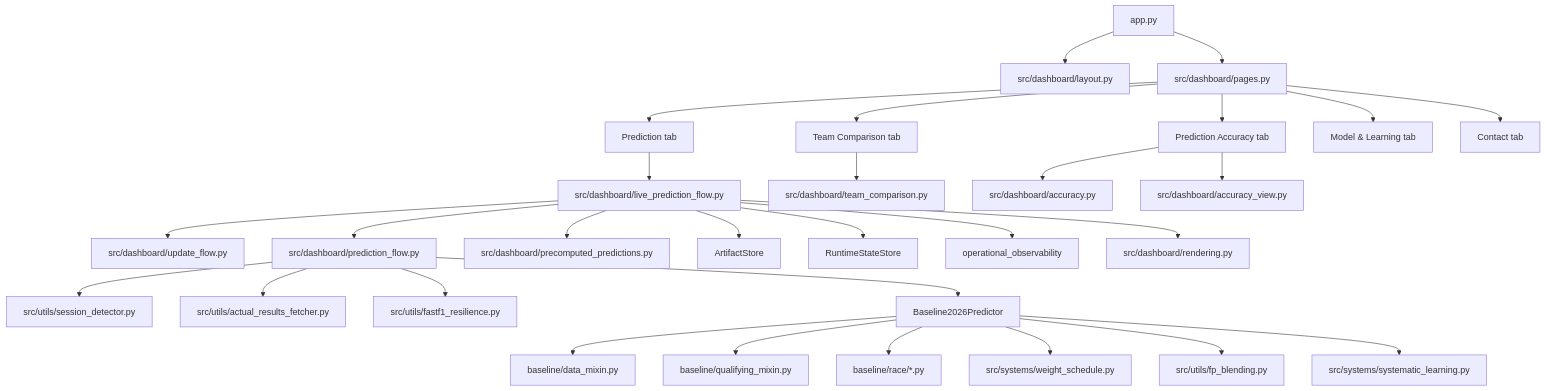
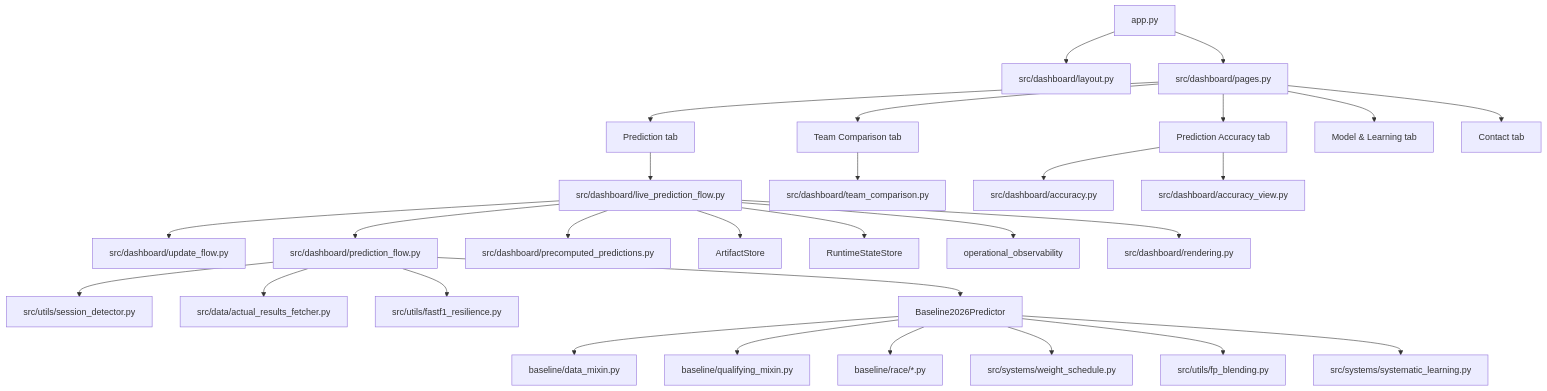
The diagram in ARCHITECTURE.md (tomasz-solis/f1-2026-predictions), drawn with Mermaid before and after one commit. The commit also changed 3 other files, not shown here.

````diff
--- a/ARCHITECTURE.md
+++ b/ARCHITECTURE.md
@@ -30,34 +30,34 @@
 ```mermaid
 flowchart TD
     A["app.py"] --> B["src/dashboard/layout.py"]
     A --> C["src/dashboard/pages.py"]
 
     C --> D["Prediction tab"]
     C --> E["Team Comparison tab"]
     C --> F["Prediction Accuracy tab"]
     C --> G["Model & Learning tab"]
     C --> H["Contact tab"]
 
     D --> I["src/dashboard/live_prediction_flow.py"]
     I --> J["src/dashboard/update_flow.py"]
     I --> K["src/dashboard/prediction_flow.py"]
     I --> L["src/dashboard/precomputed_predictions.py"]
     K --> M["src/utils/session_detector.py"]
-    K --> N["src/utils/actual_results_fetcher.py"]
+    K --> N["src/data/actual_results_fetcher.py"]
     K --> O["src/utils/fastf1_resilience.py"]
     K --> P["Baseline2026Predictor"]
     P --> P1["baseline/data_mixin.py"]
     P --> P2["baseline/qualifying_mixin.py"]
     P --> P3["baseline/race/*.py"]
     P --> Q["src/systems/weight_schedule.py"]
     P --> R["src/utils/fp_blending.py"]
     P --> S["src/systems/systematic_learning.py"]
     I --> T["ArtifactStore"]
     I --> U["RuntimeStateStore"]
     I --> V["operational_observability"]
     I --> W["src/dashboard/rendering.py"]
 
     E --> X["src/dashboard/team_comparison.py"]
     F --> Y["src/dashboard/accuracy.py"]
     F --> Z["src/dashboard/accuracy_view.py"]
 ```
````
